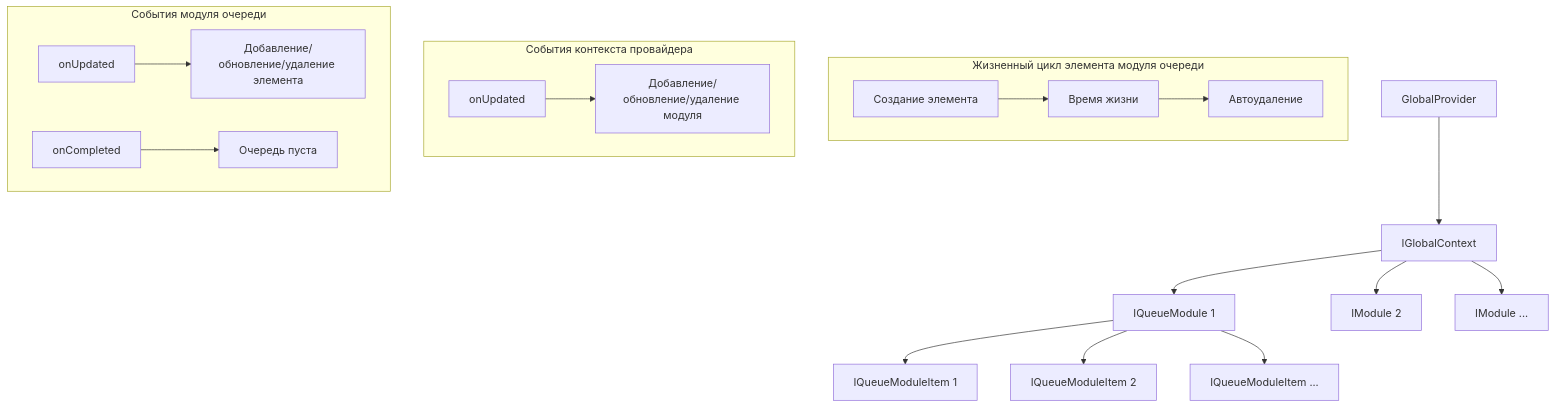
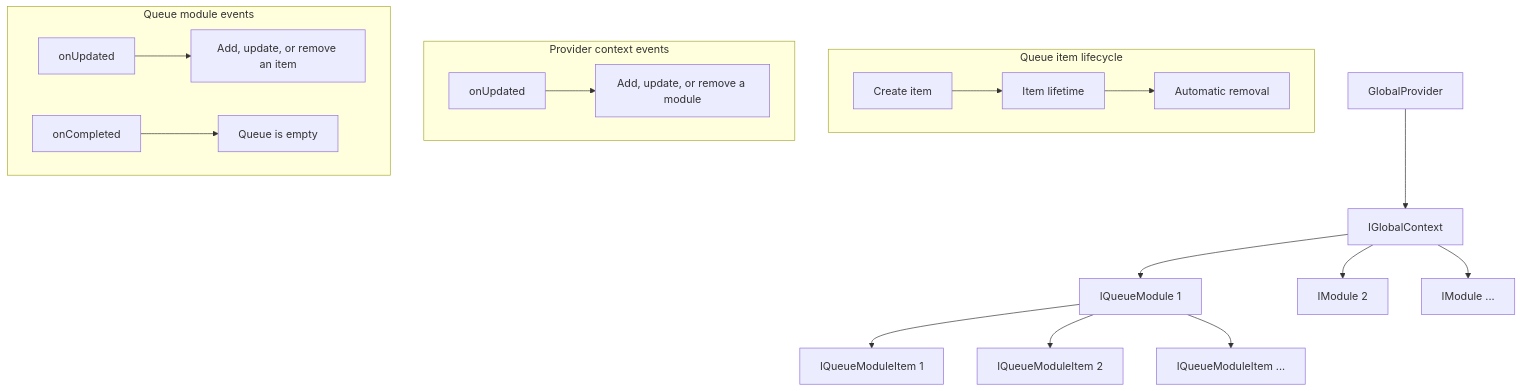
One commit to altegio/altegio-ui-public changed the diagram in web/core/src/ui/globalProvider/README.md. Above: the diagram before and after it, drawn with Mermaid. The commit also changed other lines of this file and 232 other files, not shown here.

````diff
--- a/web/core/src/ui/globalProvider/README.md
+++ b/web/core/src/ui/globalProvider/README.md
@@ -105,25 +106,25 @@
 ```mermaid
 graph TD
     A[GlobalProvider] --> B[IGlobalContext]
     B --> C[IQueueModule 1]
     B --> D[IModule 2]
     B --> E[IModule ...]
     
     C --> F[IQueueModuleItem 1]
     C --> G[IQueueModuleItem 2]
     C --> H[IQueueModuleItem ...]
     
-    subgraph "Жизненный цикл элемента модуля очереди"
-        I[Создание элемента] --> J[Время жизни]
-        J --> K[Автоудаление]
+    subgraph "Queue item lifecycle"
+        I[Create item] --> J[Item lifetime]
+        J --> K[Automatic removal]
     end
     
-    subgraph "События контекста провайдера"
-        L[onUpdated] --> M[Добавление/обновление/удаление модуля]
+    subgraph "Provider context events"
+        L[onUpdated] --> M[Add, update, or remove a module]
     end
 
-    subgraph "События модуля очереди"
-        N[onUpdated] --> O[Добавление/обновление/удаление элемента]
-        P[onCompleted] --> Q[Очередь пуста]
+    subgraph "Queue module events"
+        N[onUpdated] --> O[Add, update, or remove an item]
+        P[onCompleted] --> Q[Queue is empty]
     end
 ```
````
